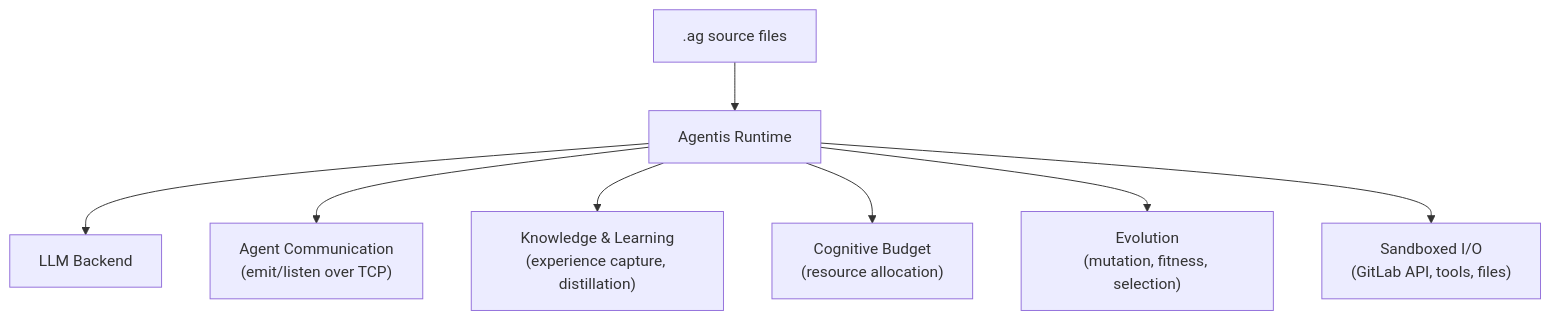
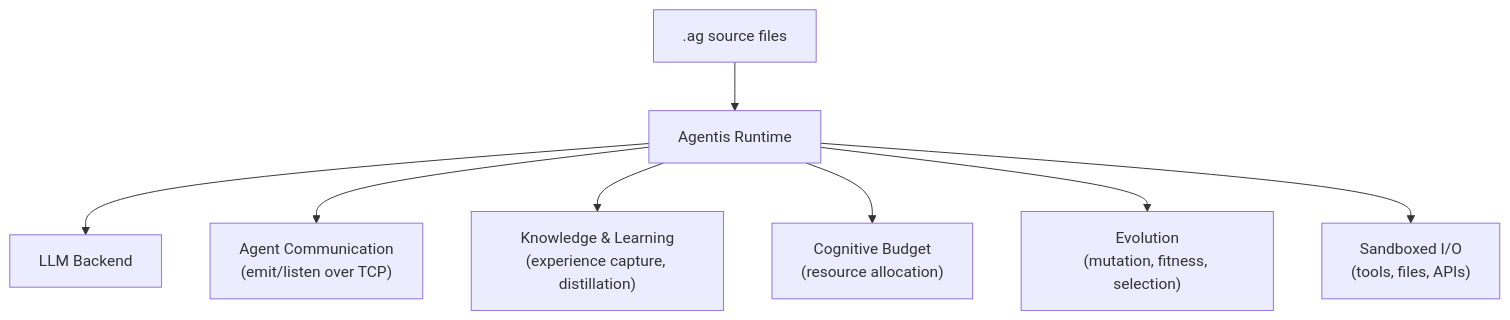
The diagram in README.md (Replikanti/agentis), drawn with Mermaid before and after one commit. The commit also changed other lines of this file and 7 other files, not shown here.

````diff
--- a/README.md
+++ b/README.md
@@ -80,19 +153,19 @@
 ```mermaid
 graph TD
     AG[".ag source files"]
     RT["Agentis Runtime"]
     LLM["LLM Backend"]
     COM["Agent Communication<br/>(emit/listen over TCP)"]
     KN["Knowledge & Learning<br/>(experience capture, distillation)"]
     CB["Cognitive Budget<br/>(resource allocation)"]
     EV["Evolution<br/>(mutation, fitness, selection)"]
-    IO["Sandboxed I/O<br/>(GitLab API, tools, files)"]
+    IO["Sandboxed I/O<br/>(tools, files, APIs)"]
 
     AG --> RT
     RT --> LLM
     RT --> COM
     RT --> KN
     RT --> CB
     RT --> EV
     RT --> IO
 ```
````
